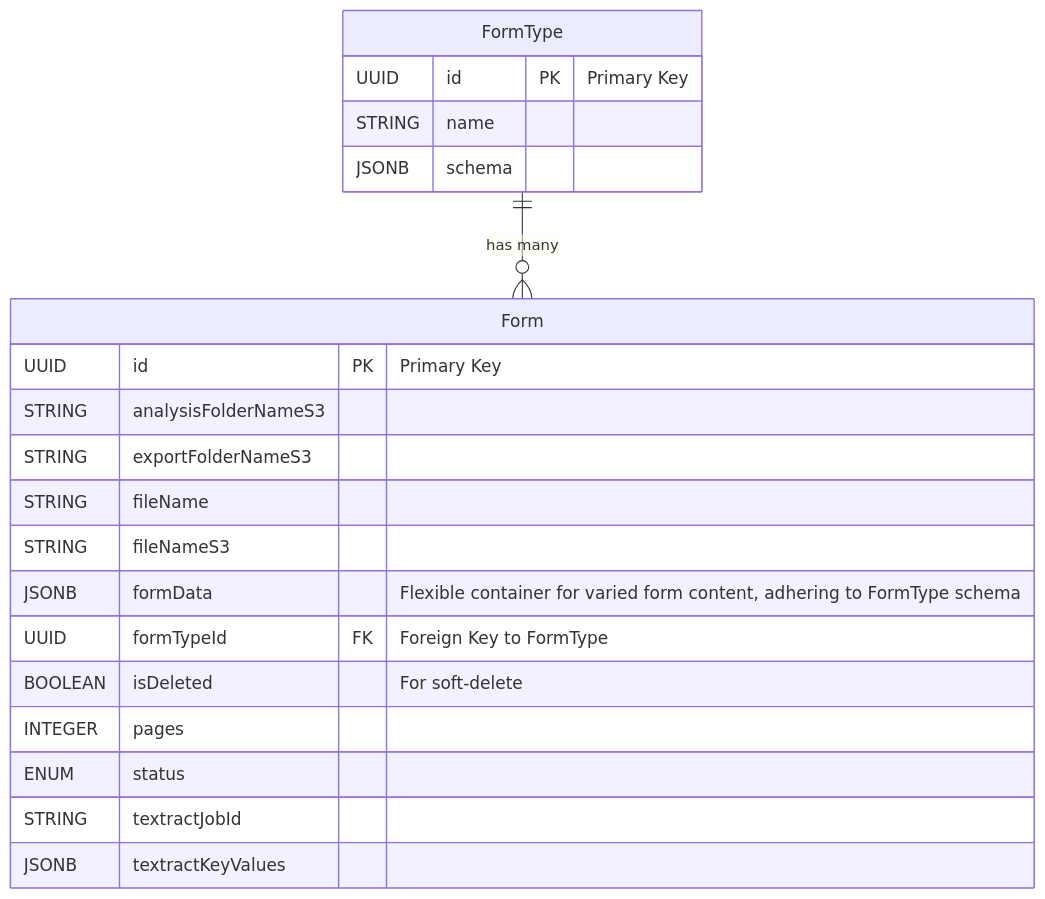
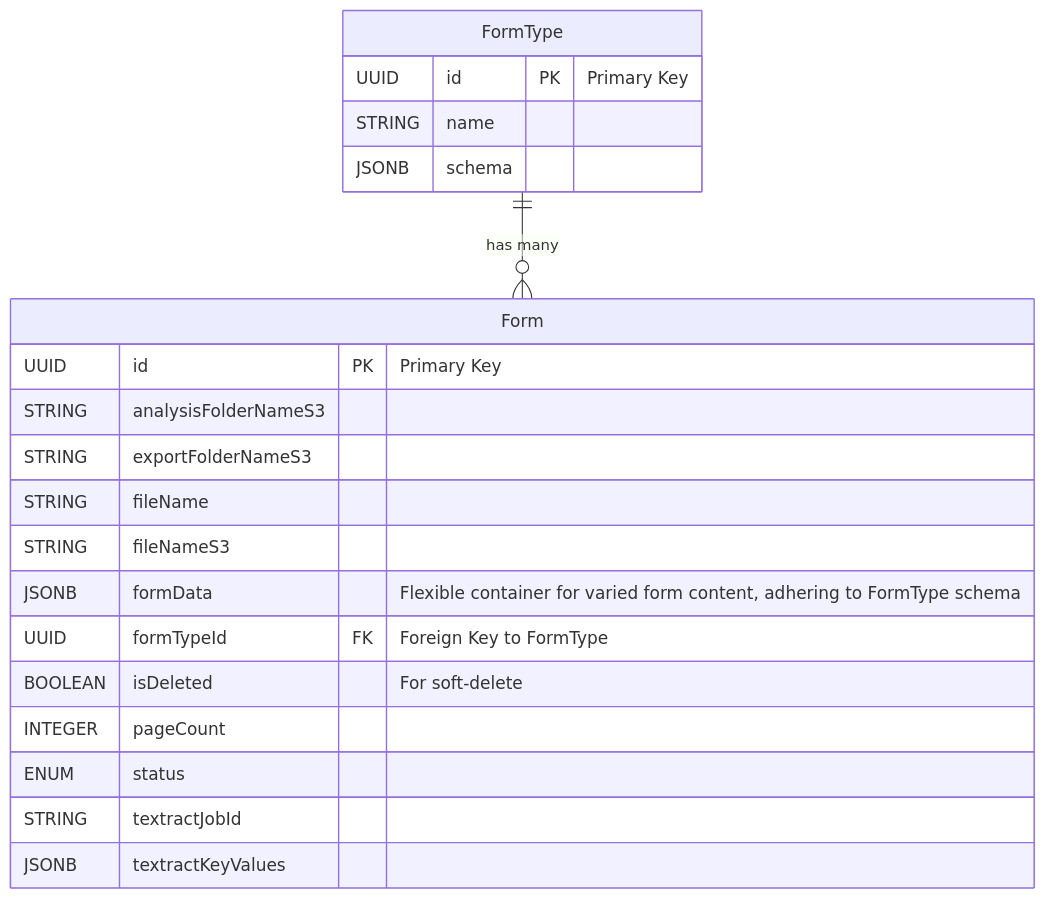
One commit to rob-mosher/form-toolbox-app changed the second of 2 diagrams in README.md. Above: the diagram before and after it, drawn with Mermaid. The commit also changed 4 other files, not shown here.

Commit message:
Change pages to pageCount within data structure

````diff
--- a/README.md
+++ b/README.md
@@ -54,25 +54,25 @@
 ```mermaid
 erDiagram
     FormType {
         UUID id PK "Primary Key"
         STRING name
         JSONB schema
     }
 
     Form {
         UUID id PK "Primary Key"
         STRING analysisFolderNameS3
         STRING exportFolderNameS3
         STRING fileName
         STRING fileNameS3
         JSONB formData "Flexible container for varied form content, adhering to FormType schema"
         UUID formTypeId FK "Foreign Key to FormType"
         BOOLEAN isDeleted "For soft-delete"
-        INTEGER pages
+        INTEGER pageCount
         ENUM status
         STRING textractJobId
         JSONB textractKeyValues
     }
 
     FormType ||--o{ Form : "has many"
 ```
````
